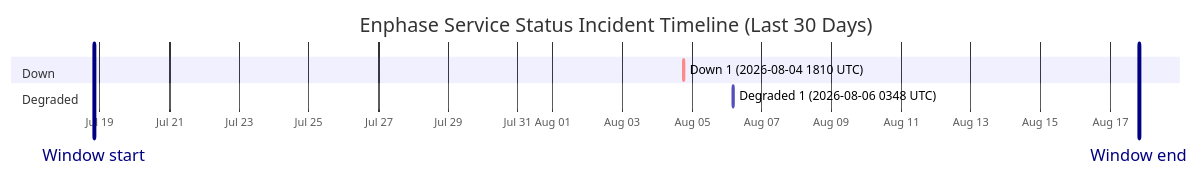
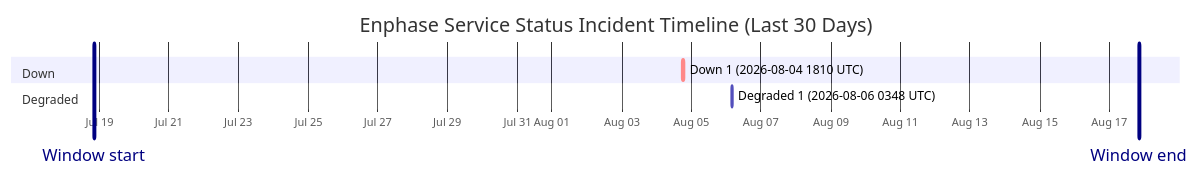
The diagram in wiki/Service-Status-History.md (barneyonline/ha-enphase-energy), drawn with Mermaid before and after one commit. The commit also changed other lines of this file and 3 other files, not shown here.

````diff
--- a/wiki/Service-Status-History.md
+++ b/wiki/Service-Status-History.md
@@ -14,12 +14,12 @@
 ```mermaid
 gantt
     title Enphase Service Status Incident Timeline (Last 30 Days)
     dateFormat  YYYY-MM-DDTHH:mm:ss
     axisFormat  %b %d
-    Window start :vert, window-start, 2026-07-18T19:50:45, 0ms
-    Window end :vert, window-end, 2026-08-17T19:50:45, 0ms
+    Window start :vert, window-start, 2026-07-18T20:23:49, 0ms
+    Window end :vert, window-end, 2026-08-17T20:23:49, 0ms
     section Down
     Down 1 (2026-08-04 1810 UTC) :crit, down-1, 2026-08-04T18:10:46, 60m
     section Degraded
     Degraded 1 (2026-08-06 0348 UTC) :active, degraded-1, 2026-08-06T03:48:14, 60m
 ```
````
